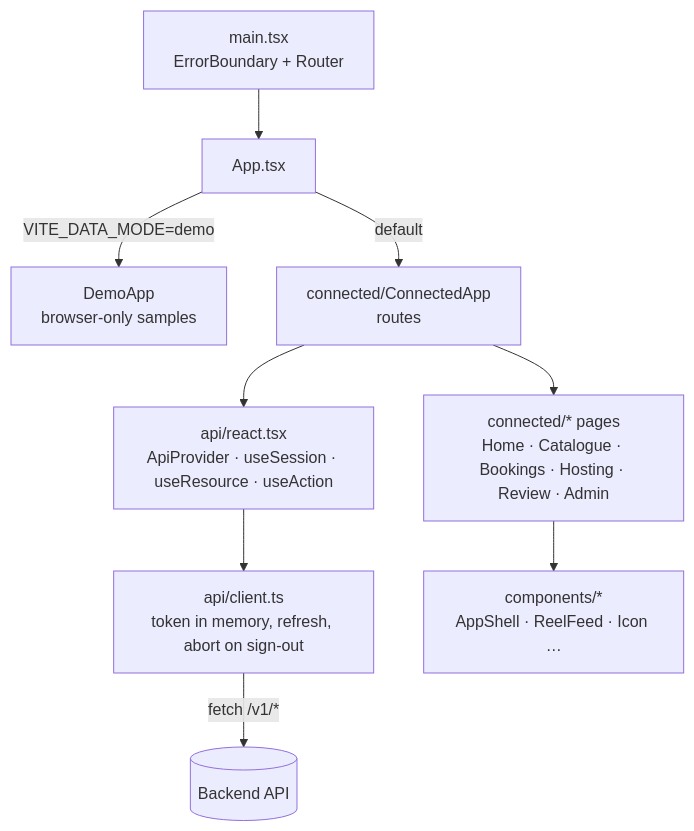
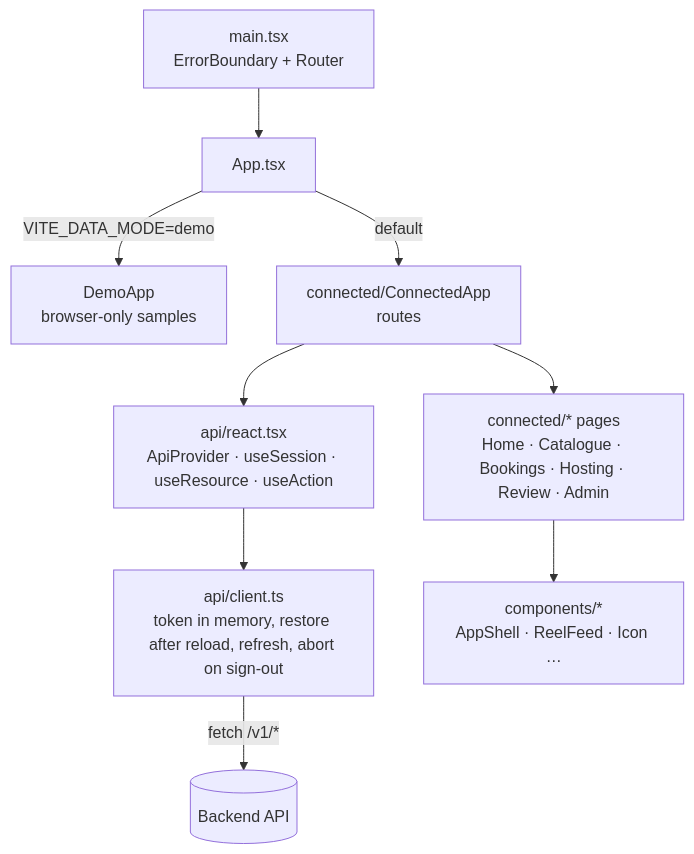
The diagram in frontend/README.md (cdawork15/sikkim), drawn with Mermaid before and after one commit. The commit also changed other lines of this file and 64 other files, not shown here.

````diff
--- a/frontend/README.md
+++ b/frontend/README.md
@@ -27,11 +27,11 @@
 ```mermaid
 flowchart TD
   main["main.tsx<br/>ErrorBoundary + Router"] --> App["App.tsx"]
   App -->|"VITE_DATA_MODE=demo"| Demo["DemoApp<br/>browser-only samples"]
   App -->|default| Connected["connected/ConnectedApp<br/>routes"]
   Connected --> Provider["api/react.tsx<br/>ApiProvider · useSession · useResource · useAction"]
-  Provider --> Client["api/client.ts<br/>token in memory, refresh, abort on sign-out"]
+  Provider --> Client["api/client.ts<br/>token in memory, restore after reload, refresh, abort on sign-out"]
   Client -->|"fetch /v1/*"| API[("Backend API")]
   Connected --> Pages["connected/* pages<br/>Home · Catalogue · Bookings · Hosting · Review · Admin"]
   Pages --> Components["components/*<br/>AppShell · ReelFeed · Icon …"]
 ```
````
